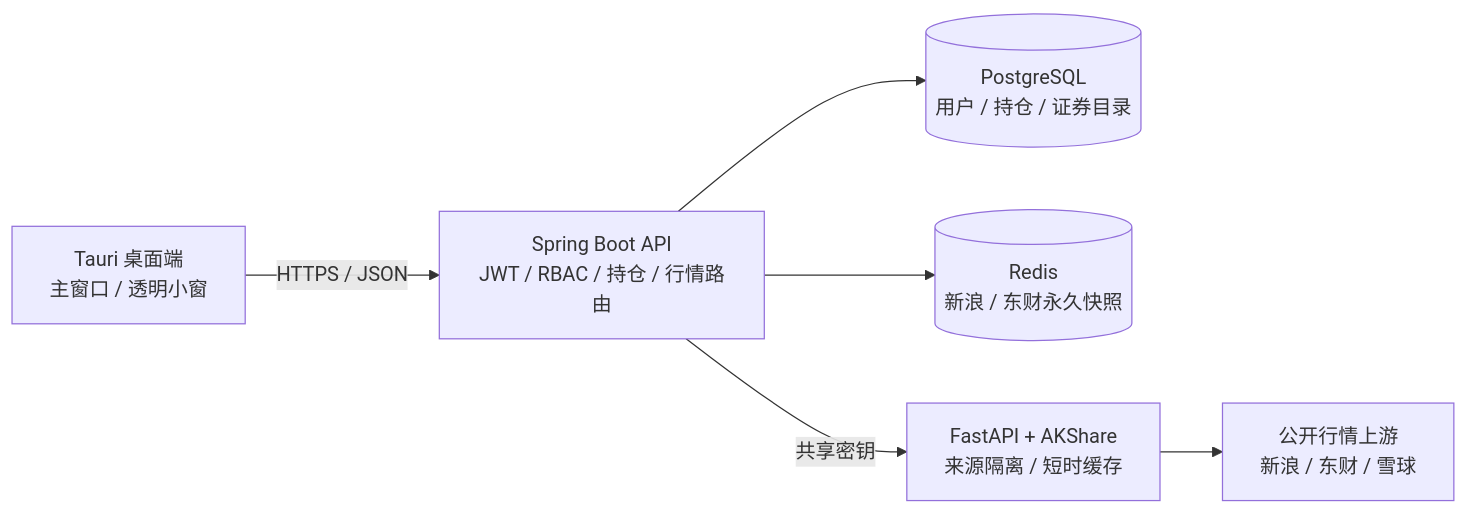
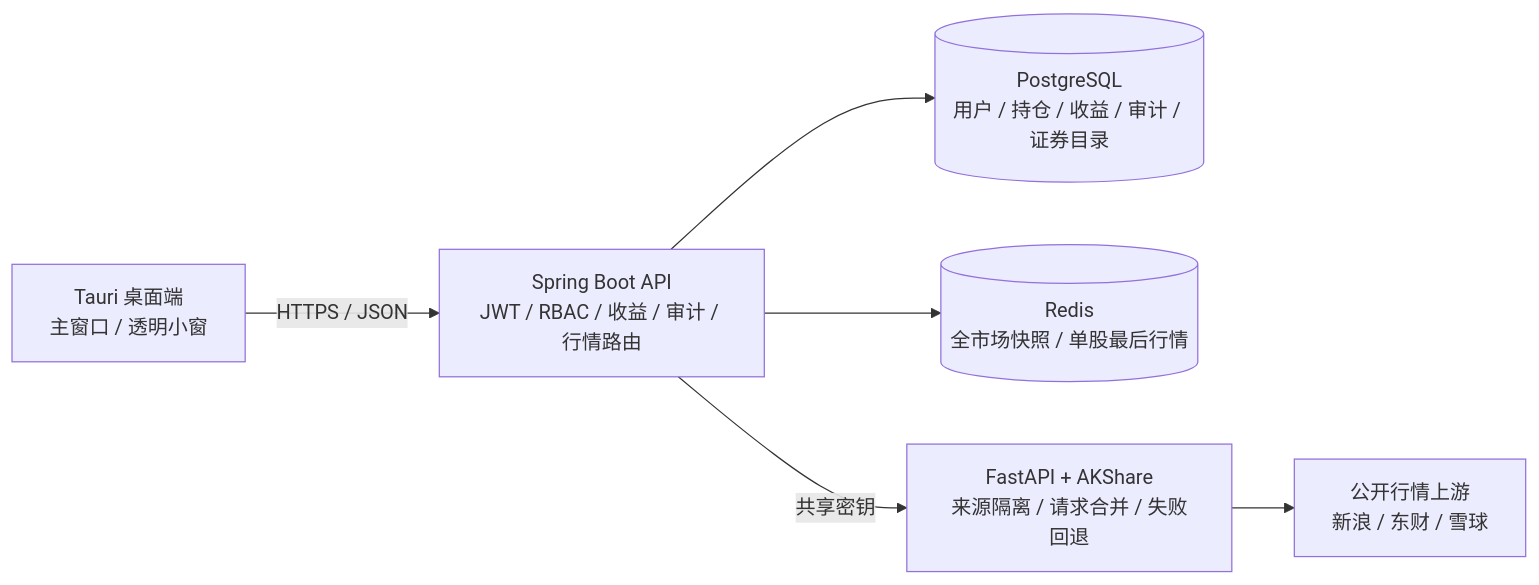
The diagram in README.md (Super-liang/desktop_trading_assistant), drawn with Mermaid before and after one commit. The commit also changed other lines of this file, not shown here.

````diff
--- a/README.md
+++ b/README.md
@@ -297,15 +306,15 @@
 ```mermaid
 flowchart LR
     Desktop["Tauri 桌面端<br/>主窗口 / 透明小窗"]
-    API["Spring Boot API<br/>JWT / RBAC / 持仓 / 行情路由"]
-    PG[("PostgreSQL<br/>用户 / 持仓 / 证券目录")]
-    Redis[("Redis<br/>新浪 / 东财永久快照")]
-    Gateway["FastAPI + AKShare<br/>来源隔离 / 短时缓存"]
+    API["Spring Boot API<br/>JWT / RBAC / 收益 / 审计 / 行情路由"]
+    PG[("PostgreSQL<br/>用户 / 持仓 / 收益 / 审计 / 证券目录")]
+    Redis[("Redis<br/>全市场快照 / 单股最后行情")]
+    Gateway["FastAPI + AKShare<br/>来源隔离 / 请求合并 / 失败回退"]
     Sources["公开行情上游<br/>新浪 / 东财 / 雪球"]
 
     Desktop -->|HTTPS / JSON| API
     API --> PG
     API --> Redis
     API -->|共享密钥| Gateway
     Gateway --> Sources
 ```
````
